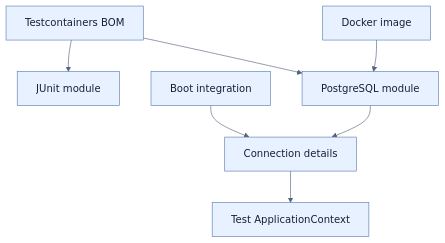
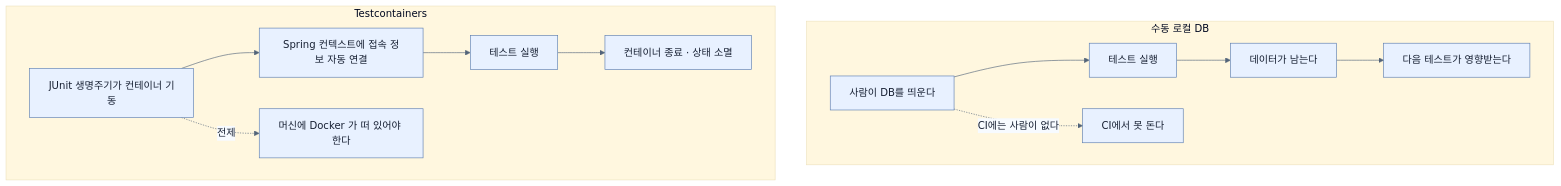
The diagram in spring-boot-4-pdf-notes/part-2-creating-an-application-with-spring-boot/chapter-5-testing-with-spring-boot/06-adding-testcontainers.md (sing-u8/Learning_Spring_Boot_4), drawn with Mermaid before and after one commit. The commit also changed other lines of this file and 253 other files, not shown here.

````diff
--- a/spring-boot-4-pdf-notes/part-2-creating-an-application-with-spring-boot/chapter-5-testing-with-spring-boot/06-adding-testcontainers.md
+++ b/spring-boot-4-pdf-notes/part-2-creating-an-application-with-spring-boot/chapter-5-testing-with-spring-boot/06-adding-testcontainers.md
@@ -28,10 +187,16 @@
 ```mermaid
 %%{init: {'theme': 'base', 'themeVariables': {'background': '#ffffff', 'primaryColor': '#e8f1ff', 'primaryTextColor': '#172033', 'primaryBorderColor': '#5b7db1', 'lineColor': '#52647a', 'secondaryColor': '#f7fbff', 'tertiaryColor': '#fff7df'}}}%%
 flowchart TD
-    B[Testcontainers BOM] --> J[JUnit module]
-    B --> P[PostgreSQL module]
-    D[Docker image] --> P
-    I[Boot integration] --> C[Connection details]
-    P --> C
-    C --> T[Test ApplicationContext]
+    subgraph MANUAL["수동 로컬 DB"]
+        M1["사람이 DB를 띄운다"] --> M2["테스트 실행"]
+        M2 --> M3["데이터가 남는다"]
+        M3 --> M4["다음 테스트가 영향받는다"]
+        M1 -.->|"CI에는 사람이 없다"| M5["CI에서 못 돈다"]
+    end
+    subgraph TC["Testcontainers"]
+        T1["JUnit 생명주기가 컨테이너 기동"] --> T2["Spring 컨텍스트에 접속 정보 자동 연결"]
+        T2 --> T3["테스트 실행"]
+        T3 --> T4["컨테이너 종료 · 상태 소멸"]
+        T1 -.->|"전제"| T5["머신에 Docker 가 떠 있어야 한다"]
+    end
 ```
````
